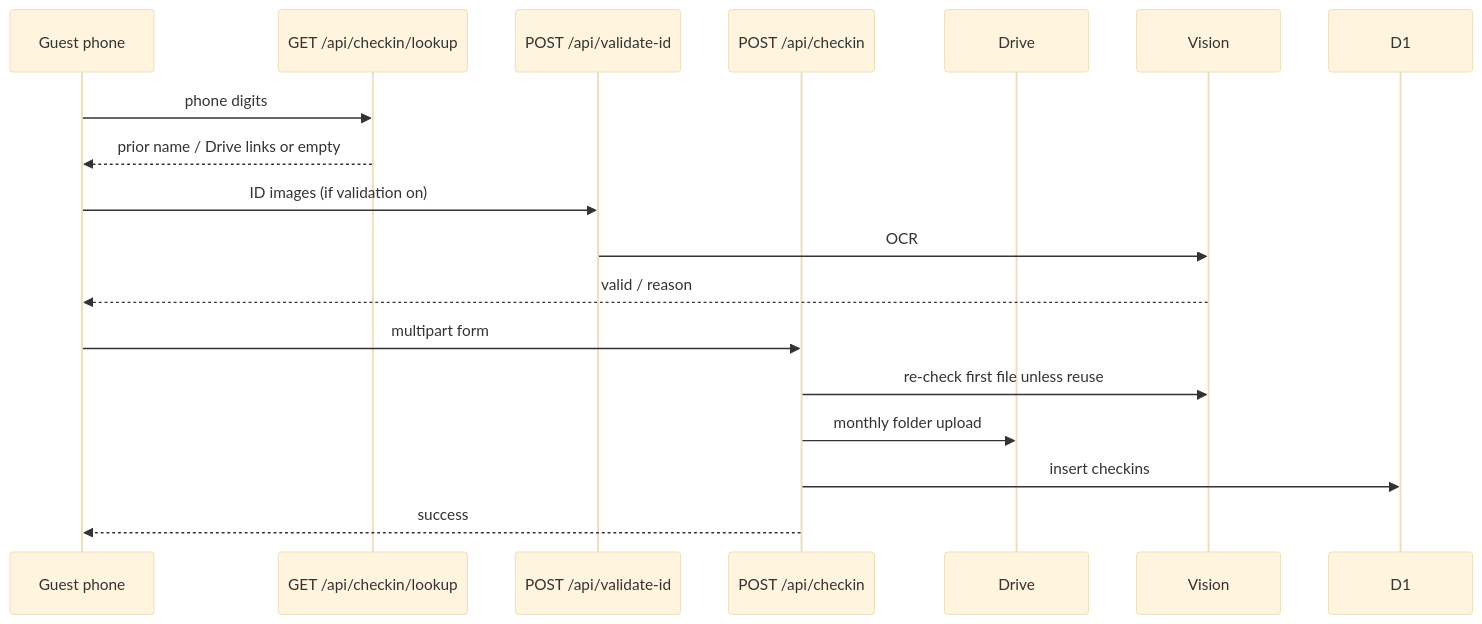
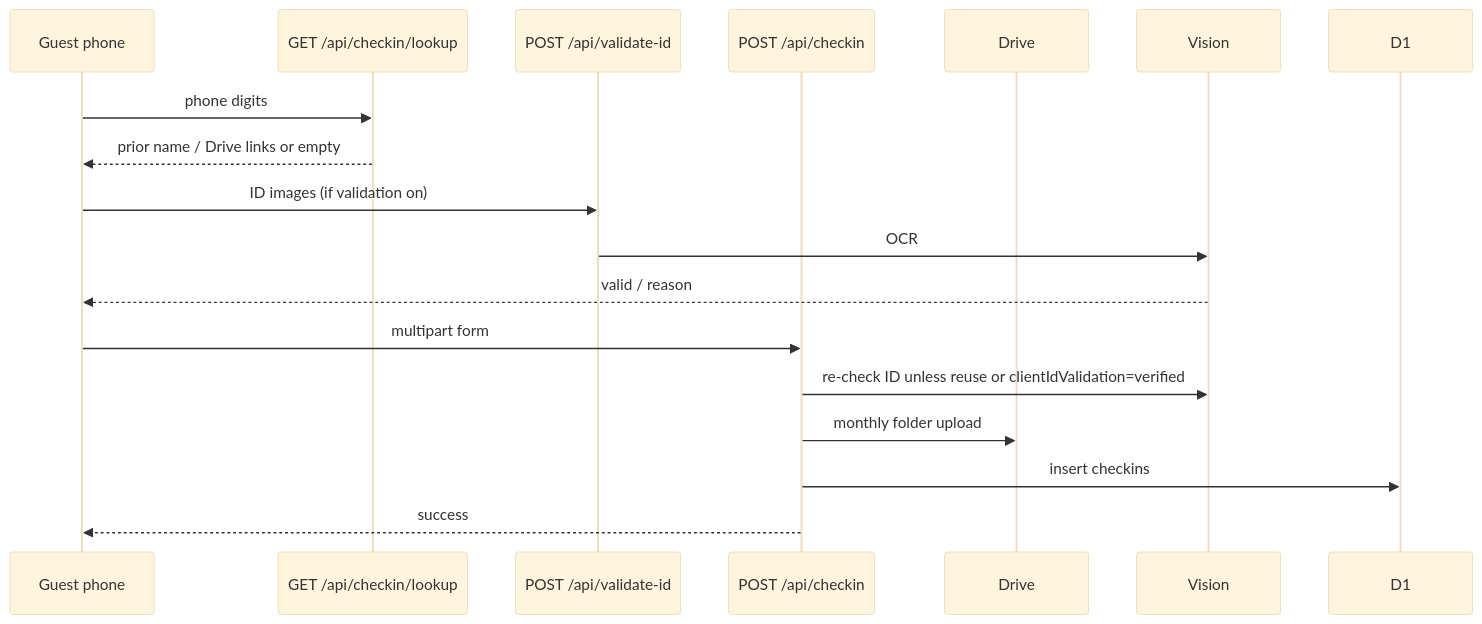
Before and after one commit to thegokosocial/GokoHostelWebpages: the second of 2 diagrams in docs/flows-guest-checkin.md, drawn with Mermaid (base theme). The commit also changed other lines of this file and 15 other files, not shown here.

````diff
--- a/docs/flows-guest-checkin.md
+++ b/docs/flows-guest-checkin.md
@@ -20,20 +20,20 @@
 ```mermaid
 sequenceDiagram
   participant G as Guest phone
   participant L as GET /api/checkin/lookup
   participant V as POST /api/validate-id
   participant C as POST /api/checkin
   participant D as Drive
   participant VIS as Vision
   participant DB as D1
   G->>L: phone digits
   L-->>G: prior name / Drive links or empty
   G->>V: ID images (if validation on)
   V->>VIS: OCR
   VIS-->>G: valid / reason
   G->>C: multipart form
-  C->>VIS: re-check first file unless reuse
+  C->>VIS: re-check ID unless reuse or clientIdValidation=verified
   C->>D: monthly folder upload
   C->>DB: insert checkins
   C-->>G: success
 ```
````
